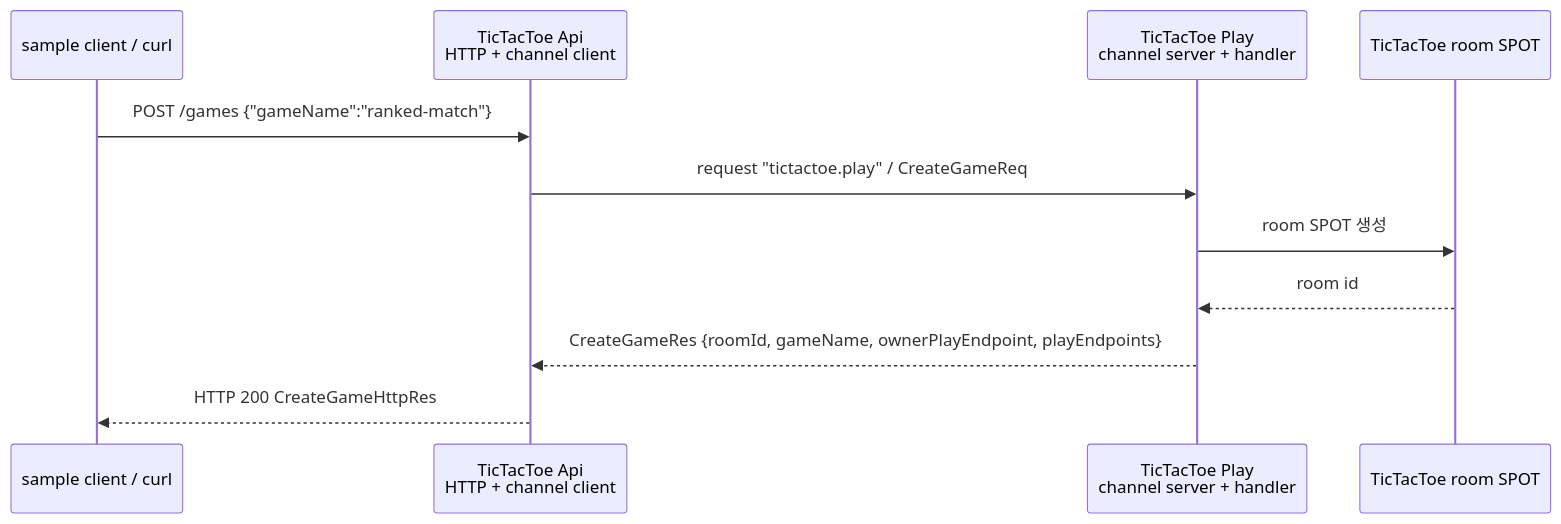
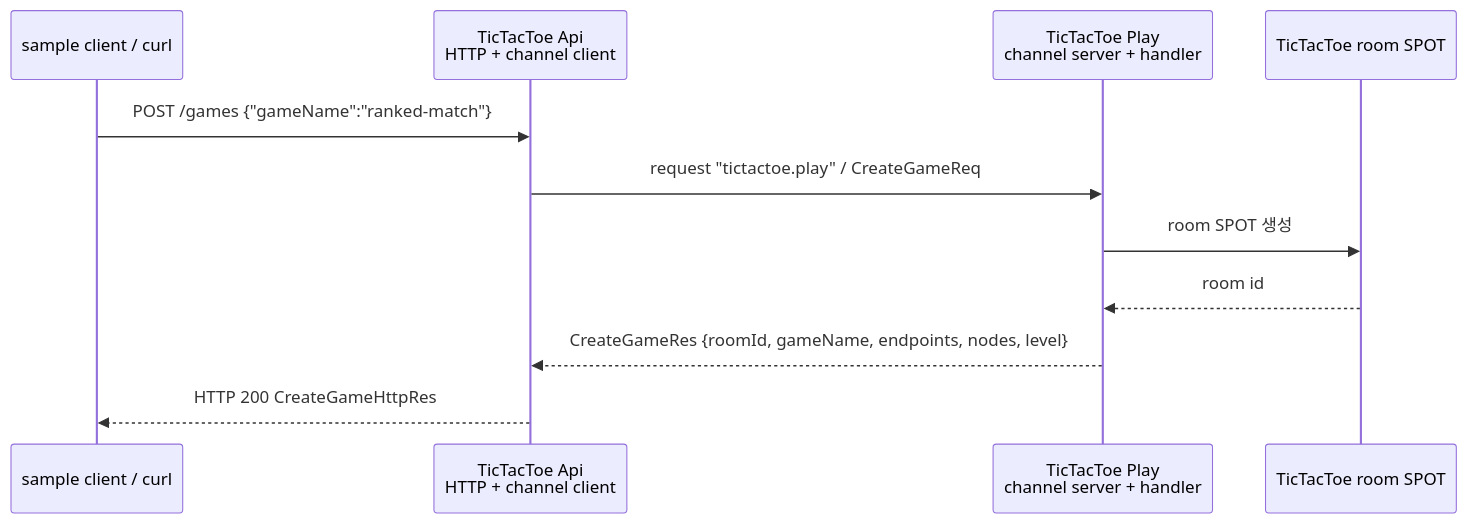
Before and after one commit to kairos-code-dev/zlink: the first of 3 diagrams in framework/doc/framework/cpp/guide/02-getting-started.ko.md, drawn with Mermaid. The commit also changed other lines of this file and 3 other files, not shown here.

````diff
--- a/framework/doc/framework/cpp/guide/02-getting-started.ko.md
+++ b/framework/doc/framework/cpp/guide/02-getting-started.ko.md
@@ -31,14 +31,14 @@
 ```mermaid
 sequenceDiagram
     participant Client as sample client / curl
     participant Api as TicTacToe Api<br/>HTTP + channel client
     participant Play as TicTacToe Play<br/>channel server + handler
     participant Spot as TicTacToe room SPOT
 
     Client->>Api: POST /games {"gameName":"ranked-match"}
     Api->>Play: request "tictactoe.play" / CreateGameReq
     Play->>Spot: room SPOT 생성
     Spot-->>Play: room id
-    Play-->>Api: CreateGameRes {roomId, gameName, ownerPlayEndpoint, playEndpoints}
+    Play-->>Api: CreateGameRes {roomId, gameName, endpoints, nodes, level}
     Api-->>Client: HTTP 200 CreateGameHttpRes
 ```
````
